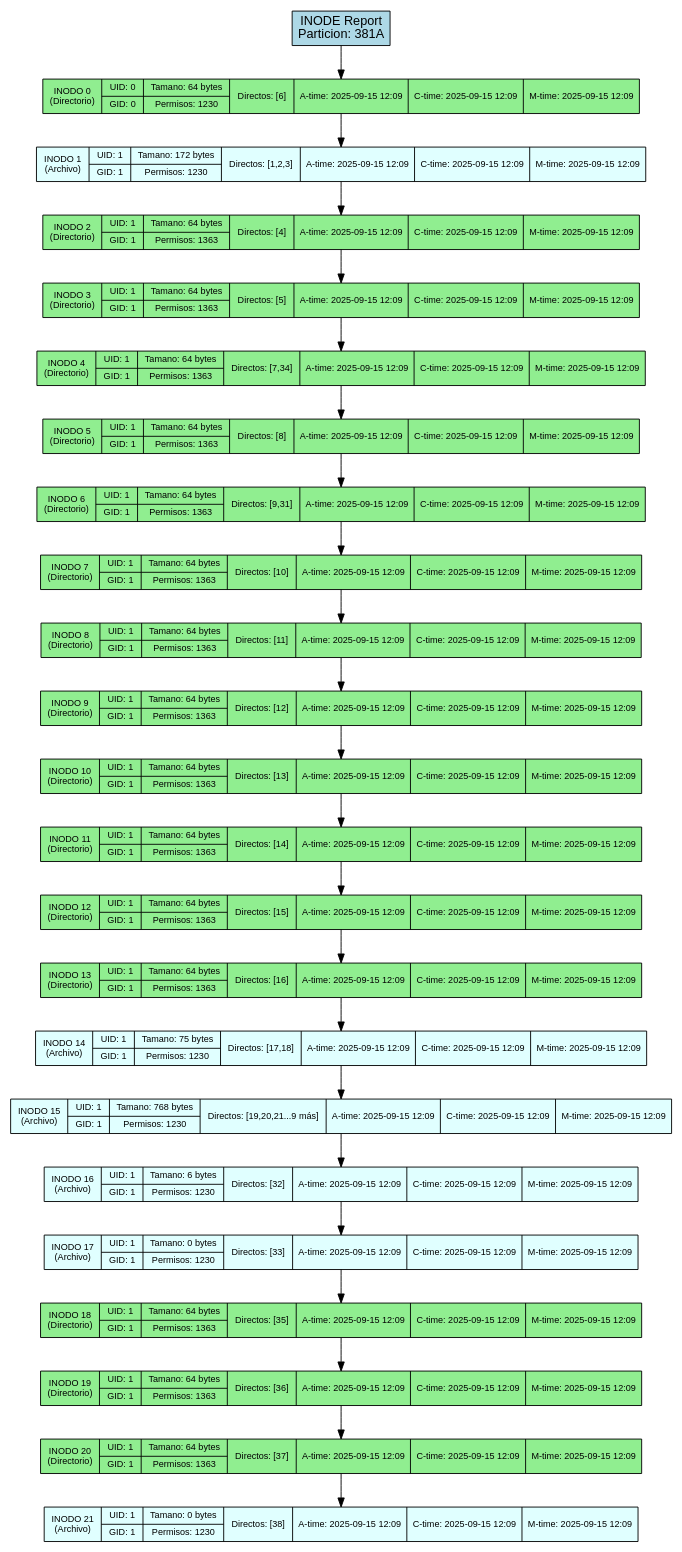
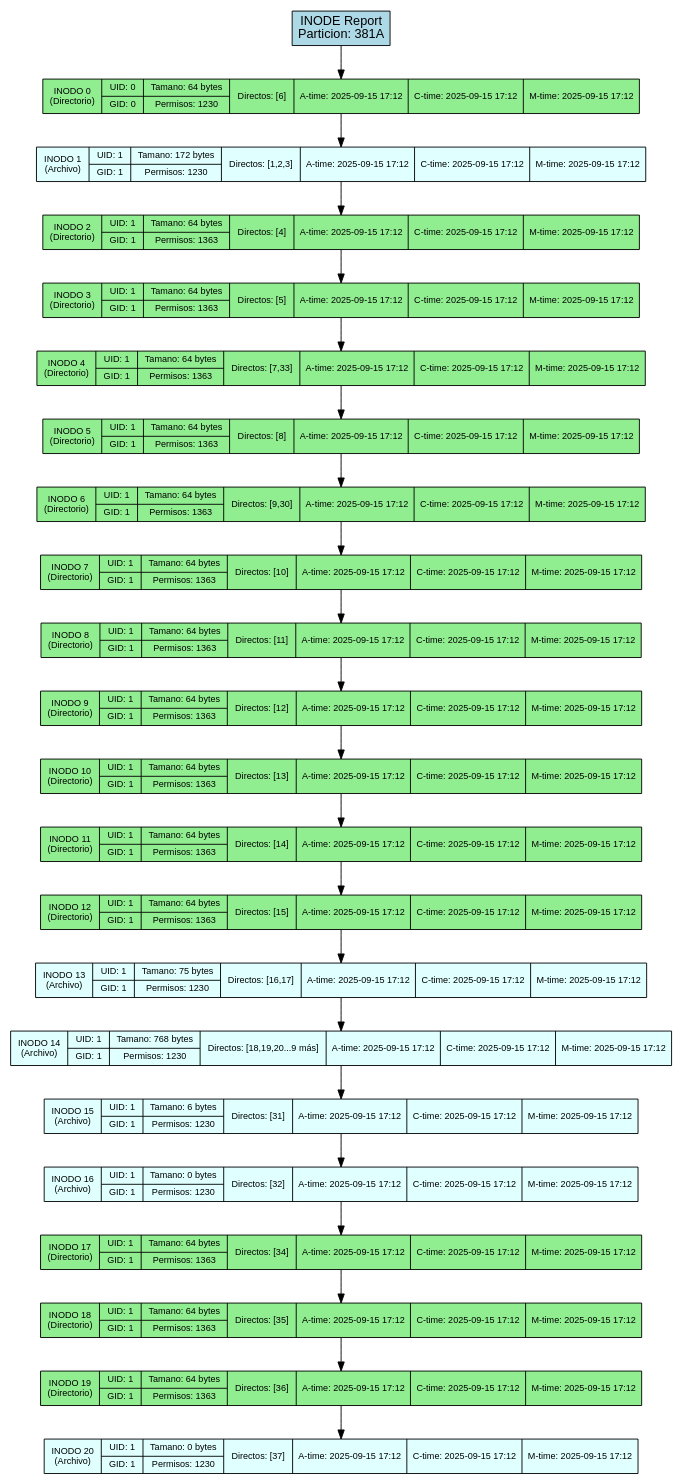
The diagram in backend/provider/reports/src/inode_381A.dot (DiegVas/MIA_2S2025_P1_202300638), drawn with Graphviz before and after one commit. The commit also changed 30 other files, not shown here.

```diff
--- a/backend/provider/reports/src/inode_381A.dot
+++ b/backend/provider/reports/src/inode_381A.dot
@@ -1,56 +1,54 @@
 digraph Inode_Report {
     rankdir=TB;
     node [shape=record, style=filled];
     graph [fontname="Arial", fontsize=12];
     node [fontname="Arial", fontsize=10];
     edge [fontname="Arial"];
 
     title [label="INODE Report\nParticion: 381A", fillcolor=lightblue, fontsize=14];
 
-    inode_0 [label="INODO 0\n(Directorio)|{UID: 0 | GID: 0}|{Tamano: 64 bytes | Permisos: 1230}|{Directos: [6]}|{A-time: 2025-09-15 12:09}|{C-time: 2025-09-15 12:09}|{M-time: 2025-09-15 12:09}", fillcolor=lightgreen];
-    inode_1 [label="INODO 1\n(Archivo)|{UID: 1 | GID: 1}|{Tamano: 172 bytes | Permisos: 1230}|{Directos: [1,2,3]}|{A-time: 2025-09-15 12:09}|{C-time: 2025-09-15 12:09}|{M-time: 2025-09-15 12:09}", fillcolor=lightcyan];
-    inode_2 [label="INODO 2\n(Directorio)|{UID: 1 | GID: 1}|{Tamano: 64 bytes | Permisos: 1363}|{Directos: [4]}|{A-time: 2025-09-15 12:09}|{C-time: 2025-09-15 12:09}|{M-time: 2025-09-15 12:09}", fillcolor=lightgreen];
-    inode_3 [label="INODO 3\n(Directorio)|{UID: 1 | GID: 1}|{Tamano: 64 bytes | Permisos: 1363}|{Directos: [5]}|{A-time: 2025-09-15 12:09}|{C-time: 2025-09-15 12:09}|{M-time: 2025-09-15 12:09}", fillcolor=lightgreen];
-    inode_4 [label="INODO 4\n(Directorio)|{UID: 1 | GID: 1}|{Tamano: 64 bytes | Permisos: 1363}|{Directos: [7,34]}|{A-time: 2025-09-15 12:09}|{C-time: 2025-09-15 12:09}|{M-time: 2025-09-15 12:09}", fillcolor=lightgreen];
-    inode_5 [label="INODO 5\n(Directorio)|{UID: 1 | GID: 1}|{Tamano: 64 bytes | Permisos: 1363}|{Directos: [8]}|{A-time: 2025-09-15 12:09}|{C-time: 2025-09-15 12:09}|{M-time: 2025-09-15 12:09}", fillcolor=lightgreen];
-    inode_6 [label="INODO 6\n(Directorio)|{UID: 1 | GID: 1}|{Tamano: 64 bytes | Permisos: 1363}|{Directos: [9,31]}|{A-time: 2025-09-15 12:09}|{C-time: 2025-09-15 12:09}|{M-time: 2025-09-15 12:09}", fillcolor=lightgreen];
-    inode_7 [label="INODO 7\n(Directorio)|{UID: 1 | GID: 1}|{Tamano: 64 bytes | Permisos: 1363}|{Directos: [10]}|{A-time: 2025-09-15 12:09}|{C-time: 2025-09-15 12:09}|{M-time: 2025-09-15 12:09}", fillcolor=lightgreen];
-    inode_8 [label="INODO 8\n(Directorio)|{UID: 1 | GID: 1}|{Tamano: 64 bytes | Permisos: 1363}|{Directos: [11]}|{A-time: 2025-09-15 12:09}|{C-time: 2025-09-15 12:09}|{M-time: 2025-09-15 12:09}", fillcolor=lightgreen];
-    inode_9 [label="INODO 9\n(Directorio)|{UID: 1 | GID: 1}|{Tamano: 64 bytes | Permisos: 1363}|{Directos: [12]}|{A-time: 2025-09-15 12:09}|{C-time: 2025-09-15 12:09}|{M-time: 2025-09-15 12:09}", fillcolor=lightgreen];
-    inode_10 [label="INODO 10\n(Directorio)|{UID: 1 | GID: 1}|{Tamano: 64 bytes | Permisos: 1363}|{Directos: [13]}|{A-time: 2025-09-15 12:09}|{C-time: 2025-09-15 12:09}|{M-time: 2025-09-15 12:09}", fillcolor=lightgreen];
-    inode_11 [label="INODO 11\n(Directorio)|{UID: 1 | GID: 1}|{Tamano: 64 bytes | Permisos: 1363}|{Directos: [14]}|{A-time: 2025-09-15 12:09}|{C-time: 2025-09-15 12:09}|{M-time: 2025-09-15 12:09}", fillcolor=lightgreen];
-    inode_12 [label="INODO 12\n(Directorio)|{UID: 1 | GID: 1}|{Tamano: 64 bytes | Permisos: 1363}|{Directos: [15]}|{A-time: 2025-09-15 12:09}|{C-time: 2025-09-15 12:09}|{M-time: 2025-09-15 12:09}", fillcolor=lightgreen];
-    inode_13 [label="INODO 13\n(Directorio)|{UID: 1 | GID: 1}|{Tamano: 64 bytes | Permisos: 1363}|{Directos: [16]}|{A-time: 2025-09-15 12:09}|{C-time: 2025-09-15 12:09}|{M-time: 2025-09-15 12:09}", fillcolor=lightgreen];
-    inode_14 [label="INODO 14\n(Archivo)|{UID: 1 | GID: 1}|{Tamano: 75 bytes | Permisos: 1230}|{Directos: [17,18]}|{A-time: 2025-09-15 12:09}|{C-time: 2025-09-15 12:09}|{M-time: 2025-09-15 12:09}", fillcolor=lightcyan];
-    inode_15 [label="INODO 15\n(Archivo)|{UID: 1 | GID: 1}|{Tamano: 768 bytes | Permisos: 1230}|{Directos: [19,20,21...9 más]}|{A-time: 2025-09-15 12:09}|{C-time: 2025-09-15 12:09}|{M-time: 2025-09-15 12:09}", fillcolor=lightcyan];
-    inode_16 [label="INODO 16\n(Archivo)|{UID: 1 | GID: 1}|{Tamano: 6 bytes | Permisos: 1230}|{Directos: [32]}|{A-time: 2025-09-15 12:09}|{C-time: 2025-09-15 12:09}|{M-time: 2025-09-15 12:09}", fillcolor=lightcyan];
-    inode_17 [label="INODO 17\n(Archivo)|{UID: 1 | GID: 1}|{Tamano: 0 bytes | Permisos: 1230}|{Directos: [33]}|{A-time: 2025-09-15 12:09}|{C-time: 2025-09-15 12:09}|{M-time: 2025-09-15 12:09}", fillcolor=lightcyan];
-    inode_18 [label="INODO 18\n(Directorio)|{UID: 1 | GID: 1}|{Tamano: 64 bytes | Permisos: 1363}|{Directos: [35]}|{A-time: 2025-09-15 12:09}|{C-time: 2025-09-15 12:09}|{M-time: 2025-09-15 12:09}", fillcolor=lightgreen];
-    inode_19 [label="INODO 19\n(Directorio)|{UID: 1 | GID: 1}|{Tamano: 64 bytes | Permisos: 1363}|{Directos: [36]}|{A-time: 2025-09-15 12:09}|{C-time: 2025-09-15 12:09}|{M-time: 2025-09-15 12:09}", fillcolor=lightgreen];
-    inode_20 [label="INODO 20\n(Directorio)|{UID: 1 | GID: 1}|{Tamano: 64 bytes | Permisos: 1363}|{Directos: [37]}|{A-time: 2025-09-15 12:09}|{C-time: 2025-09-15 12:09}|{M-time: 2025-09-15 12:09}", fillcolor=lightgreen];
-    inode_21 [label="INODO 21\n(Archivo)|{UID: 1 | GID: 1}|{Tamano: 0 bytes | Permisos: 1230}|{Directos: [38]}|{A-time: 2025-09-15 12:09}|{C-time: 2025-09-15 12:09}|{M-time: 2025-09-15 12:09}", fillcolor=lightcyan];
+    inode_0 [label="INODO 0\n(Directorio)|{UID: 0 | GID: 0}|{Tamano: 64 bytes | Permisos: 1230}|{Directos: [6]}|{A-time: 2025-09-15 17:12}|{C-time: 2025-09-15 17:12}|{M-time: 2025-09-15 17:12}", fillcolor=lightgreen];
+    inode_1 [label="INODO 1\n(Archivo)|{UID: 1 | GID: 1}|{Tamano: 172 bytes | Permisos: 1230}|{Directos: [1,2,3]}|{A-time: 2025-09-15 17:12}|{C-time: 2025-09-15 17:12}|{M-time: 2025-09-15 17:12}", fillcolor=lightcyan];
+    inode_2 [label="INODO 2\n(Directorio)|{UID: 1 | GID: 1}|{Tamano: 64 bytes | Permisos: 1363}|{Directos: [4]}|{A-time: 2025-09-15 17:12}|{C-time: 2025-09-15 17:12}|{M-time: 2025-09-15 17:12}", fillcolor=lightgreen];
+    inode_3 [label="INODO 3\n(Directorio)|{UID: 1 | GID: 1}|{Tamano: 64 bytes | Permisos: 1363}|{Directos: [5]}|{A-time: 2025-09-15 17:12}|{C-time: 2025-09-15 17:12}|{M-time: 2025-09-15 17:12}", fillcolor=lightgreen];
+    inode_4 [label="INODO 4\n(Directorio)|{UID: 1 | GID: 1}|{Tamano: 64 bytes | Permisos: 1363}|{Directos: [7,33]}|{A-time: 2025-09-15 17:12}|{C-time: 2025-09-15 17:12}|{M-time: 2025-09-15 17:12}", fillcolor=lightgreen];
+    inode_5 [label="INODO 5\n(Directorio)|{UID: 1 | GID: 1}|{Tamano: 64 bytes | Permisos: 1363}|{Directos: [8]}|{A-time: 2025-09-15 17:12}|{C-time: 2025-09-15 17:12}|{M-time: 2025-09-15 17:12}", fillcolor=lightgreen];
+    inode_6 [label="INODO 6\n(Directorio)|{UID: 1 | GID: 1}|{Tamano: 64 bytes | Permisos: 1363}|{Directos: [9,30]}|{A-time: 2025-09-15 17:12}|{C-time: 2025-09-15 17:12}|{M-time: 2025-09-15 17:12}", fillcolor=lightgreen];
+    inode_7 [label="INODO 7\n(Directorio)|{UID: 1 | GID: 1}|{Tamano: 64 bytes | Permisos: 1363}|{Directos: [10]}|{A-time: 2025-09-15 17:12}|{C-time: 2025-09-15 17:12}|{M-time: 2025-09-15 17:12}", fillcolor=lightgreen];
+    inode_8 [label="INODO 8\n(Directorio)|{UID: 1 | GID: 1}|{Tamano: 64 bytes | Permisos: 1363}|{Directos: [11]}|{A-time: 2025-09-15 17:12}|{C-time: 2025-09-15 17:12}|{M-time: 2025-09-15 17:12}", fillcolor=lightgreen];
+    inode_9 [label="INODO 9\n(Directorio)|{UID: 1 | GID: 1}|{Tamano: 64 bytes | Permisos: 1363}|{Directos: [12]}|{A-time: 2025-09-15 17:12}|{C-time: 2025-09-15 17:12}|{M-time: 2025-09-15 17:12}", fillcolor=lightgreen];
+    inode_10 [label="INODO 10\n(Directorio)|{UID: 1 | GID: 1}|{Tamano: 64 bytes | Permisos: 1363}|{Directos: [13]}|{A-time: 2025-09-15 17:12}|{C-time: 2025-09-15 17:12}|{M-time: 2025-09-15 17:12}", fillcolor=lightgreen];
+    inode_11 [label="INODO 11\n(Directorio)|{UID: 1 | GID: 1}|{Tamano: 64 bytes | Permisos: 1363}|{Directos: [14]}|{A-time: 2025-09-15 17:12}|{C-time: 2025-09-15 17:12}|{M-time: 2025-09-15 17:12}", fillcolor=lightgreen];
+    inode_12 [label="INODO 12\n(Directorio)|{UID: 1 | GID: 1}|{Tamano: 64 bytes | Permisos: 1363}|{Directos: [15]}|{A-time: 2025-09-15 17:12}|{C-time: 2025-09-15 17:12}|{M-time: 2025-09-15 17:12}", fillcolor=lightgreen];
+    inode_13 [label="INODO 13\n(Archivo)|{UID: 1 | GID: 1}|{Tamano: 75 bytes | Permisos: 1230}|{Directos: [16,17]}|{A-time: 2025-09-15 17:12}|{C-time: 2025-09-15 17:12}|{M-time: 2025-09-15 17:12}", fillcolor=lightcyan];
+    inode_14 [label="INODO 14\n(Archivo)|{UID: 1 | GID: 1}|{Tamano: 768 bytes | Permisos: 1230}|{Directos: [18,19,20...9 más]}|{A-time: 2025-09-15 17:12}|{C-time: 2025-09-15 17:12}|{M-time: 2025-09-15 17:12}", fillcolor=lightcyan];
+    inode_15 [label="INODO 15\n(Archivo)|{UID: 1 | GID: 1}|{Tamano: 6 bytes | Permisos: 1230}|{Directos: [31]}|{A-time: 2025-09-15 17:12}|{C-time: 2025-09-15 17:12}|{M-time: 2025-09-15 17:12}", fillcolor=lightcyan];
+    inode_16 [label="INODO 16\n(Archivo)|{UID: 1 | GID: 1}|{Tamano: 0 bytes | Permisos: 1230}|{Directos: [32]}|{A-time: 2025-09-15 17:12}|{C-time: 2025-09-15 17:12}|{M-time: 2025-09-15 17:12}", fillcolor=lightcyan];
+    inode_17 [label="INODO 17\n(Directorio)|{UID: 1 | GID: 1}|{Tamano: 64 bytes | Permisos: 1363}|{Directos: [34]}|{A-time: 2025-09-15 17:12}|{C-time: 2025-09-15 17:12}|{M-time: 2025-09-15 17:12}", fillcolor=lightgreen];
+    inode_18 [label="INODO 18\n(Directorio)|{UID: 1 | GID: 1}|{Tamano: 64 bytes | Permisos: 1363}|{Directos: [35]}|{A-time: 2025-09-15 17:12}|{C-time: 2025-09-15 17:12}|{M-time: 2025-09-15 17:12}", fillcolor=lightgreen];
+    inode_19 [label="INODO 19\n(Directorio)|{UID: 1 | GID: 1}|{Tamano: 64 bytes | Permisos: 1363}|{Directos: [36]}|{A-time: 2025-09-15 17:12}|{C-time: 2025-09-15 17:12}|{M-time: 2025-09-15 17:12}", fillcolor=lightgreen];
+    inode_20 [label="INODO 20\n(Archivo)|{UID: 1 | GID: 1}|{Tamano: 0 bytes | Permisos: 1230}|{Directos: [37]}|{A-time: 2025-09-15 17:12}|{C-time: 2025-09-15 17:12}|{M-time: 2025-09-15 17:12}", fillcolor=lightcyan];
 
     // Conexiones de la lista enlazada
     title -> inode_0;
     inode_0 -> inode_1;
     inode_1 -> inode_2;
     inode_2 -> inode_3;
     inode_3 -> inode_4;
     inode_4 -> inode_5;
     inode_5 -> inode_6;
     inode_6 -> inode_7;
     inode_7 -> inode_8;
     inode_8 -> inode_9;
     inode_9 -> inode_10;
     inode_10 -> inode_11;
     inode_11 -> inode_12;
     inode_12 -> inode_13;
     inode_13 -> inode_14;
     inode_14 -> inode_15;
     inode_15 -> inode_16;
     inode_16 -> inode_17;
     inode_17 -> inode_18;
     inode_18 -> inode_19;
     inode_19 -> inode_20;
-    inode_20 -> inode_21;
 }
```
